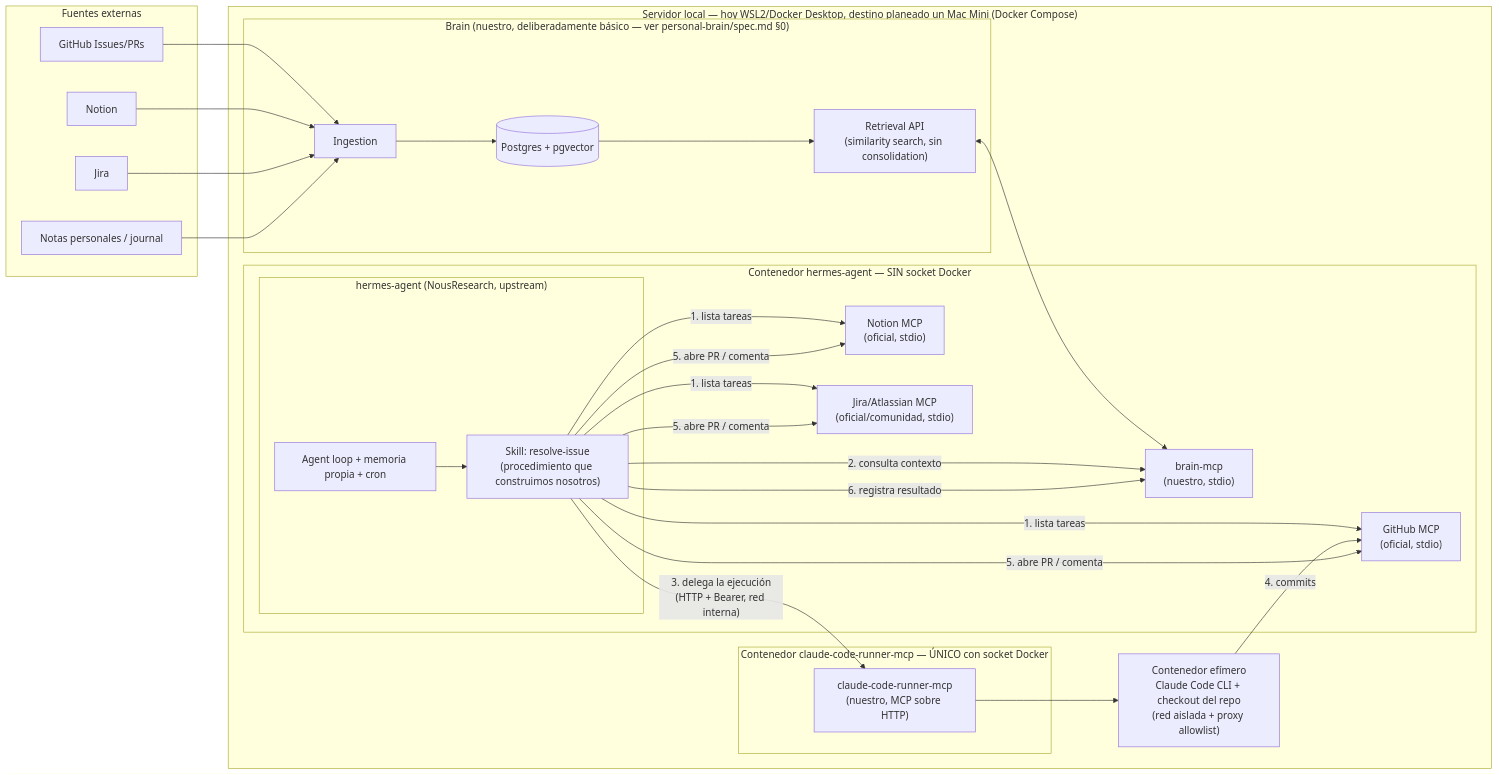
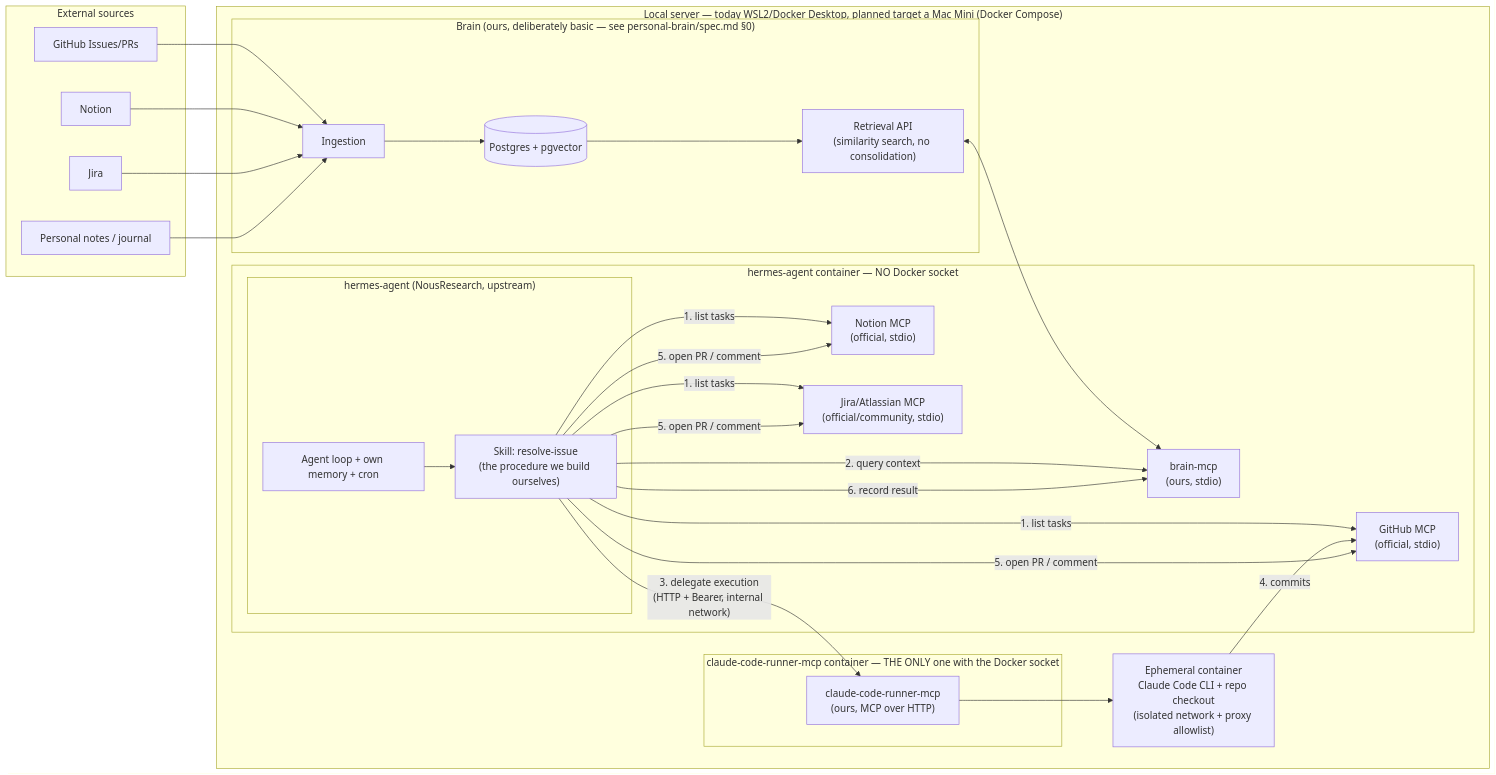
Before and after one commit to SantiDiana1/PersonalAI: the diagram in docs/architecture.md, drawn with Mermaid. The commit also changed other lines of this file and 6 other files, not shown here.

First line of the commit message:
docs(us-16.1): traducir architecture.md y personal-brain/spec.md

````diff
--- a/docs/architecture.md
+++ b/docs/architecture.md
@@ -9,51 +9,51 @@
 ```mermaid
 flowchart LR
-    subgraph Fuentes["Fuentes externas"]
+    subgraph Sources["External sources"]
         GH[GitHub Issues/PRs]
         NO[Notion]
         JI[Jira]
-        NT[Notas personales / journal]
+        NT[Personal notes / journal]
     end
 
-    subgraph VPS["Servidor local — hoy WSL2/Docker Desktop, destino planeado un Mac Mini (Docker Compose)"]
-        subgraph HAC["Contenedor hermes-agent — SIN socket Docker"]
+    subgraph HOST["Local server — today WSL2/Docker Desktop, planned target a Mac Mini (Docker Compose)"]
+        subgraph HAC["hermes-agent container — NO Docker socket"]
             subgraph HA["hermes-agent (NousResearch, upstream)"]
-                LOOP["Agent loop + memoria propia + cron"]
-                SKILL["Skill: resolve-issue<br/>(procedimiento que construimos nosotros)"]
+                LOOP["Agent loop + own memory + cron"]
+                SKILL["Skill: resolve-issue<br/>(the procedure we build ourselves)"]
             end
-            GHMCP["GitHub MCP<br/>(oficial, stdio)"]
-            NOMCP["Notion MCP<br/>(oficial, stdio)"]
-            JIMCP["Jira/Atlassian MCP<br/>(oficial/comunidad, stdio)"]
-            BMCP["brain-mcp<br/>(nuestro, stdio)"]
+            GHMCP["GitHub MCP<br/>(official, stdio)"]
+            NOMCP["Notion MCP<br/>(official, stdio)"]
+            JIMCP["Jira/Atlassian MCP<br/>(official/community, stdio)"]
+            BMCP["brain-mcp<br/>(ours, stdio)"]
         end
 
-        subgraph RUNC["Contenedor claude-code-runner-mcp — ÚNICO con socket Docker"]
-            CCMCP["claude-code-runner-mcp<br/>(nuestro, MCP sobre HTTP)"]
+        subgraph RUNC["claude-code-runner-mcp container — THE ONLY one with the Docker socket"]
+            CCMCP["claude-code-runner-mcp<br/>(ours, MCP over HTTP)"]
         end
 
-        subgraph BrainSvc["Brain (nuestro, deliberadamente básico — ver personal-brain/spec.md §0)"]
+        subgraph BrainSvc["Brain (ours, deliberately basic — see personal-brain/spec.md §0)"]
             ING[Ingestion]
-            RET["Retrieval API<br/>(similarity search, sin consolidation)"]
+            RET["Retrieval API<br/>(similarity search, no consolidation)"]
             DB[(Postgres + pgvector)]
         end
 
-        RUN["Contenedor efímero<br/>Claude Code CLI + checkout del repo<br/>(red aislada + proxy allowlist)"]
+        RUN["Ephemeral container<br/>Claude Code CLI + repo checkout<br/>(isolated network + proxy allowlist)"]
     end
 
     GH --> ING
     NO --> ING
     JI --> ING
     NT --> ING
     ING --> DB
     DB --> RET
     RET <--> BMCP
 
     LOOP --> SKILL
-    SKILL -->|1. lista tareas| GHMCP & NOMCP & JIMCP
-    SKILL -->|2. consulta contexto| BMCP
-    SKILL -->|"3. delega la ejecución<br/>(HTTP + Bearer, red interna)"| CCMCP
+    SKILL -->|1. list tasks| GHMCP & NOMCP & JIMCP
+    SKILL -->|2. query context| BMCP
+    SKILL -->|"3. delegate execution<br/>(HTTP + Bearer, internal network)"| CCMCP
     CCMCP --> RUN
     RUN -->|4. commits| GHMCP
-    SKILL -->|5. abre PR / comenta| GHMCP & NOMCP & JIMCP
-    SKILL -->|6. registra resultado| BMCP
+    SKILL -->|5. open PR / comment| GHMCP & NOMCP & JIMCP
+    SKILL -->|6. record result| BMCP
 ```
````
